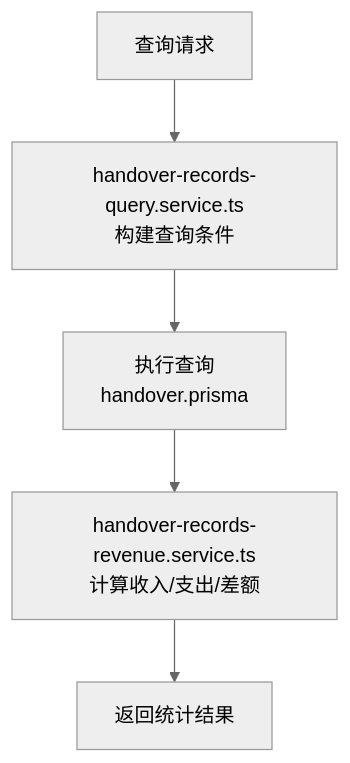
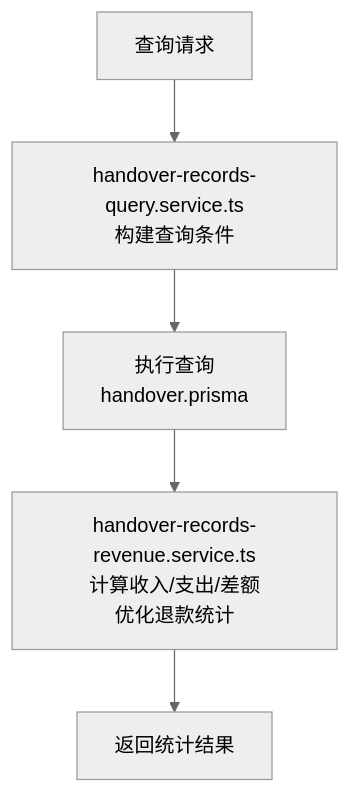
Before and after one commit to rc558620/purelyprofit-server: the ninth of 16 diagrams in .qoder/repowiki/zh/content/业务模块/运营管理模块/交接班管理.md, drawn with Mermaid (neutral theme). The commit also changed other lines of this file and 19 other files, not shown here.

````diff
--- a/.qoder/repowiki/zh/content/业务模块/运营管理模块/交接班管理.md
+++ b/.qoder/repowiki/zh/content/业务模块/运营管理模块/交接班管理.md
@@ -364,7 +418,7 @@
 ```mermaid
 flowchart TD
 Q["查询请求"] --> QSel["handover-records-query.service.ts<br/>构建查询条件"]
 QSel --> Exec["执行查询<br/>handover.prisma"]
-Exec --> Sum["handover-records-revenue.service.ts<br/>计算收入/支出/差额"]
+Exec --> Sum["handover-records-revenue.service.ts<br/>计算收入/支出/差额<br/>优化退款统计"]
 Sum --> Resp["返回统计结果"]
 ```
````
